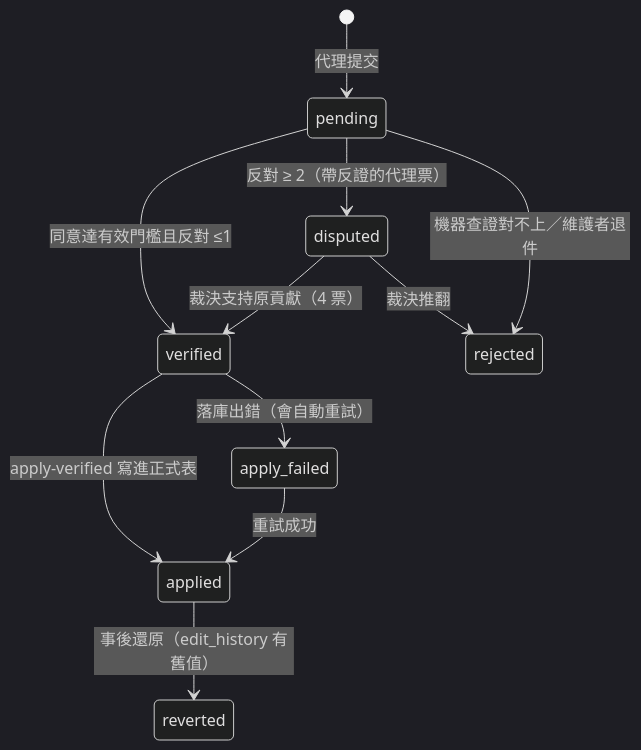
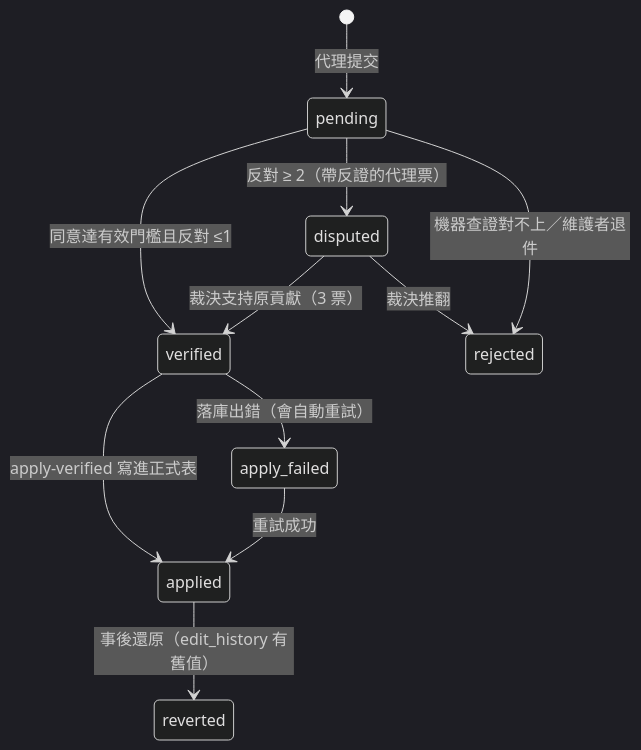
The third of 3 diagrams in docs/PIPELINE.md (Yooliang/policy-tw), drawn with Mermaid (dark theme) before and after one commit. The commit also changed other lines of this file and 19 other files, not shown here.

````diff
--- a/docs/PIPELINE.md
+++ b/docs/PIPELINE.md
@@ -113,13 +113,13 @@
 ```mermaid
 stateDiagram-v2
   [*] --> pending: 代理提交
   pending --> verified: 同意達有效門檻且反對 ≤1
   pending --> disputed: 反對 ≥ 2（帶反證的代理票）
   verified --> applied: apply-verified 寫進正式表
   verified --> apply_failed: 落庫出錯（會自動重試）
   apply_failed --> applied: 重試成功
-  disputed --> verified: 裁決支持原貢獻（4 票）
+  disputed --> verified: 裁決支持原貢獻（3 票）
   disputed --> rejected: 裁決推翻
   pending --> rejected: 機器查證對不上／維護者退件
   applied --> reverted: 事後還原（edit_history 有舊值）
 ```
````
